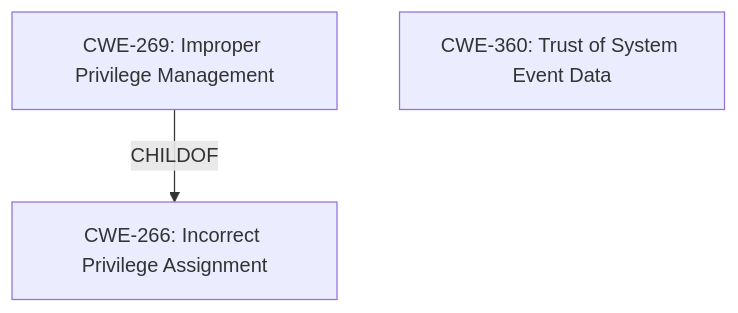
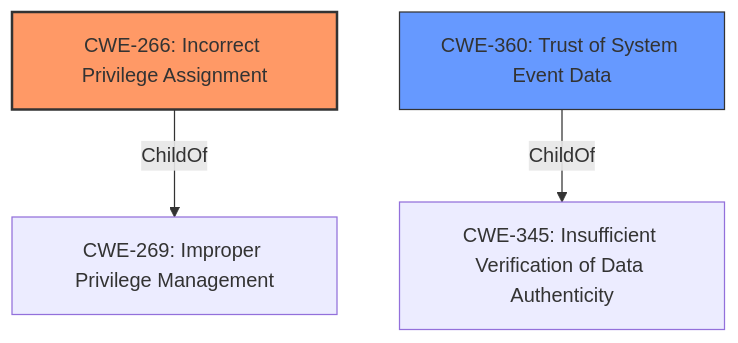
The diagram in CVE-2021-34486/CVE-2021-34486_analysis.md (CyberSecAI/cwe_agent_assign_reports_2023), drawn with Mermaid before and after one commit. The commit also changed other lines of this file and 902 other files, not shown here.

````diff
--- a/CVE-2021-34486/CVE-2021-34486_analysis.md
+++ b/CVE-2021-34486/CVE-2021-34486_analysis.md
@@ -17,8 +17,15 @@
 ```mermaid
 graph TD
+    cwe266["CWE-266: Incorrect Privilege Assignment"]
+    cwe360["CWE-360: Trust of System Event Data"]
+    cwe345["CWE-345: Insufficient Verification of Data Authenticity"]
     cwe269["CWE-269: Improper Privilege Management"]
-    cwe360["CWE-360: Trust of System Event Data"]
-    cwe266["CWE-266: Incorrect Privilege Assignment"]
 
-    cwe269 -->|CHILDOF| cwe266
+    cwe360 -->|ChildOf| cwe345
+    cwe266 -->|ChildOf| cwe269
+
+    classDef primary fill:#f96,stroke:#333,stroke-width:2px
+    classDef secondary fill:#69f,stroke:#333
+    class cwe266 primary
+    class cwe360 secondary
 ```
````
